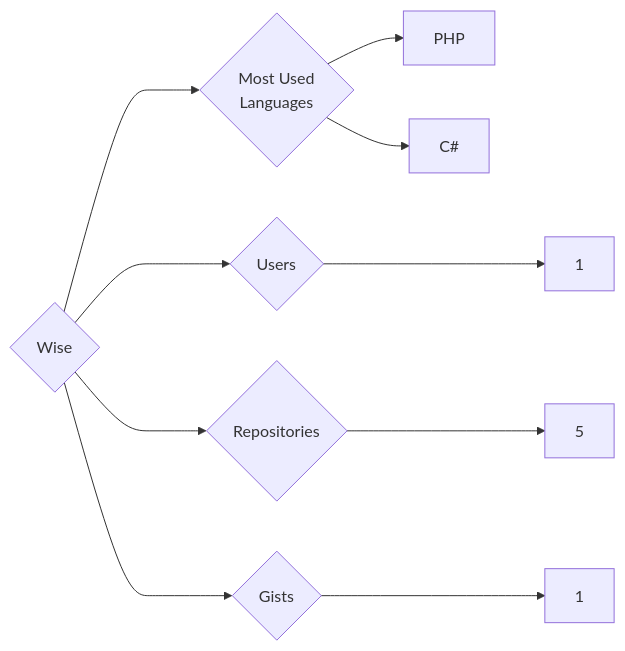
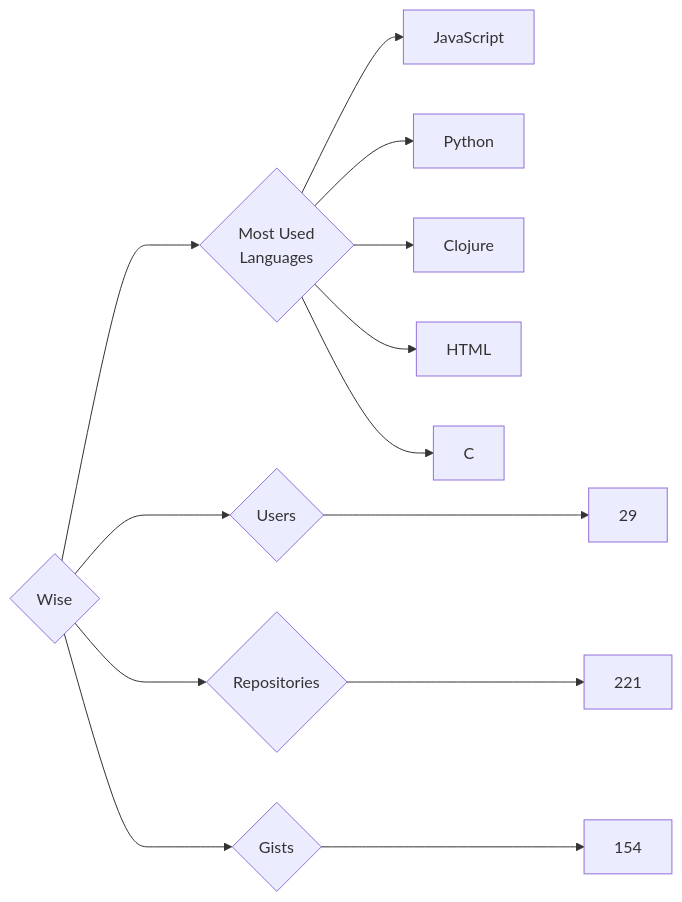
Before and after one commit to trickest/insiders: the diagram in targets/Wise/README.md, drawn with Mermaid. The commit also changed 748 other files, not shown here.

````diff
--- a/targets/Wise/README.md
+++ b/targets/Wise/README.md
@@ -3,10 +3,13 @@
 ```mermaid
 graph LR
 COMPANY_NAME{Wise}
-COMPANY_NAME ---> U{Users} ---> UN[1]
-COMPANY_NAME ---> R{Repositories} ---> RN[5]
-COMPANY_NAME ---> G{Gists} ---> GN[1]
+COMPANY_NAME ---> U{Users} ---> UN[29]
+COMPANY_NAME ---> R{Repositories} ---> RN[221]
+COMPANY_NAME ---> G{Gists} ---> GN[154]
 COMPANY_NAME ---> ML{Most Used<br>Languages}
-ML --> PHP[PHP]
-ML --> C#[C#]
+ML --> JavaScript[JavaScript]
+ML --> Python[Python]
+ML --> Clojure[Clojure]
+ML --> HTML[HTML]
+ML --> C[C]
 ```
````
